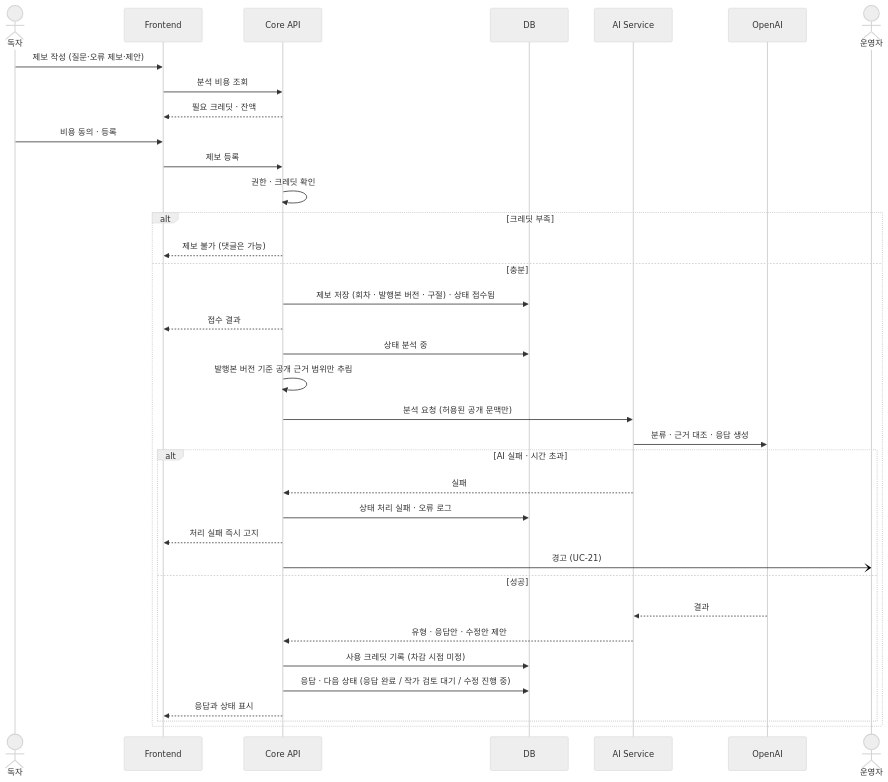
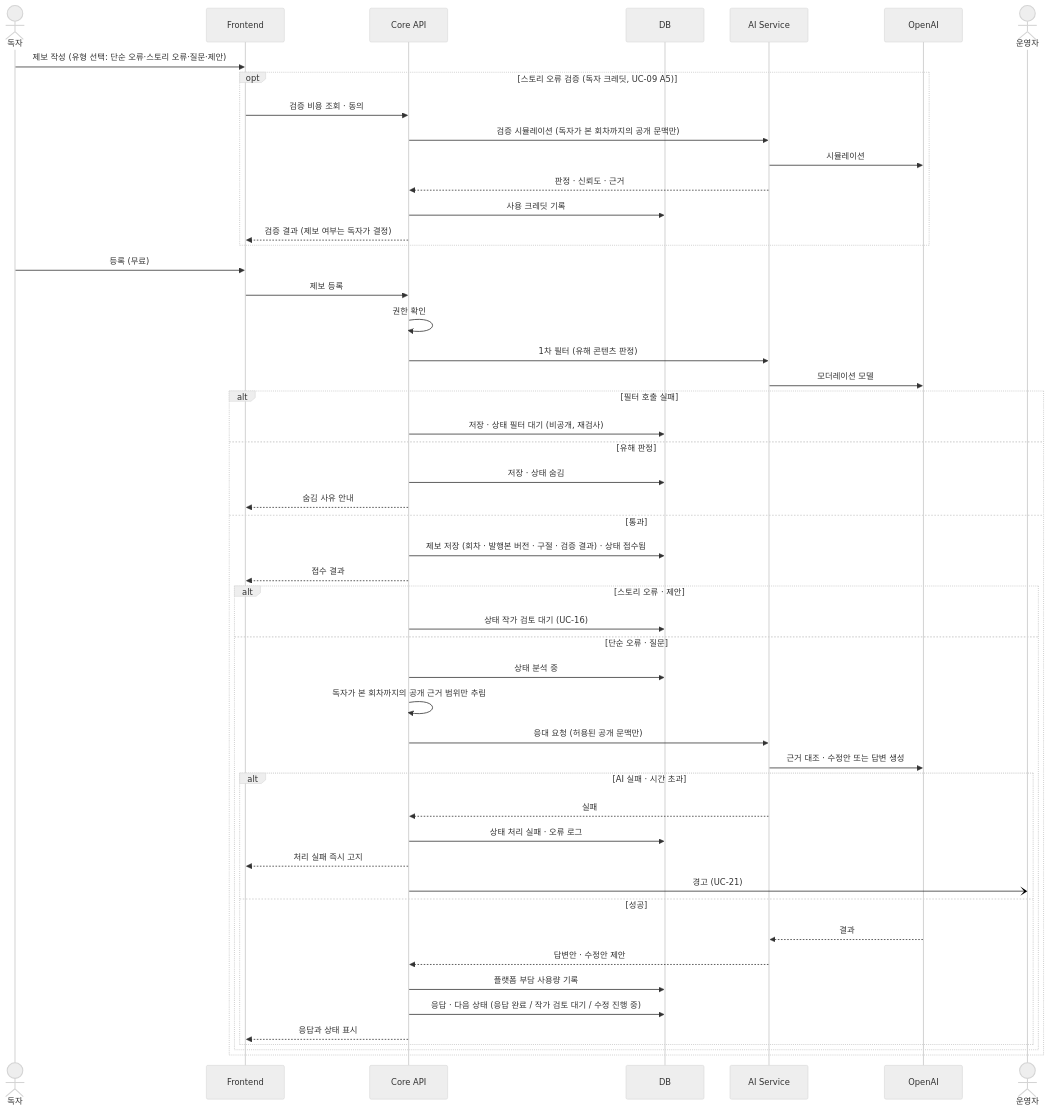
The first of 4 diagrams in docs/diagrams/sequence.md (SKNETWORKS-FAMILY-AICAMP/SKN34-FINAL-4TEAM), drawn with Mermaid (neutral theme) before and after one commit. The commit also changed other lines of this file and 11 other files, not shown here.

First line of the commit message:
docs: 피드백 유형·비용·검증 시뮬레이션·유해 콘텐츠 필터 정책 확정

````diff
--- a/docs/diagrams/sequence.md
+++ b/docs/diagrams/sequence.md
@@ -5,38 +5,53 @@
 ```mermaid
 sequenceDiagram
   actor R as 독자
   participant FE as Frontend
   participant CO as Core API
   participant DB as DB
   participant AI as AI Service
   participant LLM as OpenAI
   actor OP as 운영자
-  R->>FE: 제보 작성 (질문·오류 제보·제안)
-  FE->>CO: 분석 비용 조회
-  CO-->>FE: 필요 크레딧 · 잔액
-  R->>FE: 비용 동의 · 등록
+  R->>FE: 제보 작성 (유형 선택: 단순 오류·스토리 오류·질문·제안)
+  opt 스토리 오류 검증 (독자 크레딧, UC-09 A5)
+    FE->>CO: 검증 비용 조회 · 동의
+    CO->>AI: 검증 시뮬레이션 (독자가 본 회차까지의 공개 문맥만)
+    AI->>LLM: 시뮬레이션
+    AI-->>CO: 판정 · 신뢰도 · 근거
+    CO->>DB: 사용 크레딧 기록
+    CO-->>FE: 검증 결과 (제보 여부는 독자가 결정)
+  end
+  R->>FE: 등록 (무료)
   FE->>CO: 제보 등록
-  CO->>CO: 권한 · 크레딧 확인
-  alt 크레딧 부족
-    CO-->>FE: 제보 불가 (댓글은 가능)
-  else 충분
-    CO->>DB: 제보 저장 (회차 · 발행본 버전 · 구절) · 상태 접수됨
+  CO->>CO: 권한 확인
+  CO->>AI: 1차 필터 (유해 콘텐츠 판정)
+  AI->>LLM: 모더레이션 모델
+  alt 필터 호출 실패
+    CO->>DB: 저장 · 상태 필터 대기 (비공개, 재검사)
+  else 유해 판정
+    CO->>DB: 저장 · 상태 숨김
+    CO-->>FE: 숨김 사유 안내
+  else 통과
+    CO->>DB: 제보 저장 (회차 · 발행본 버전 · 구절 · 검증 결과) · 상태 접수됨
     CO-->>FE: 접수 결과
-    CO->>DB: 상태 분석 중
-    CO->>CO: 발행본 버전 기준 공개 근거 범위만 추림
-    CO->>AI: 분석 요청 (허용된 공개 문맥만)
-    AI->>LLM: 분류 · 근거 대조 · 응답 생성
-    alt AI 실패 · 시간 초과
-      AI-->>CO: 실패
-      CO->>DB: 상태 처리 실패 · 오류 로그
-      CO-->>FE: 처리 실패 즉시 고지
-      CO-)OP: 경고 (UC-21)
-    else 성공
-      LLM-->>AI: 결과
-      AI-->>CO: 유형 · 응답안 · 수정안 제안
-      CO->>DB: 사용 크레딧 기록 (차감 시점 미정)
-      CO->>DB: 응답 · 다음 상태 (응답 완료 / 작가 검토 대기 / 수정 진행 중)
-      CO-->>FE: 응답과 상태 표시
+    alt 스토리 오류 · 제안
+      CO->>DB: 상태 작가 검토 대기 (UC-16)
+    else 단순 오류 · 질문
+      CO->>DB: 상태 분석 중
+      CO->>CO: 독자가 본 회차까지의 공개 근거 범위만 추림
+      CO->>AI: 응대 요청 (허용된 공개 문맥만)
+      AI->>LLM: 근거 대조 · 수정안 또는 답변 생성
+      alt AI 실패 · 시간 초과
+        AI-->>CO: 실패
+        CO->>DB: 상태 처리 실패 · 오류 로그
+        CO-->>FE: 처리 실패 즉시 고지
+        CO-)OP: 경고 (UC-21)
+      else 성공
+        LLM-->>AI: 결과
+        AI-->>CO: 답변안 · 수정안 제안
+        CO->>DB: 플랫폼 부담 사용량 기록
+        CO->>DB: 응답 · 다음 상태 (응답 완료 / 작가 검토 대기 / 수정 진행 중)
+        CO-->>FE: 응답과 상태 표시
+      end
     end
   end
 ```
````
